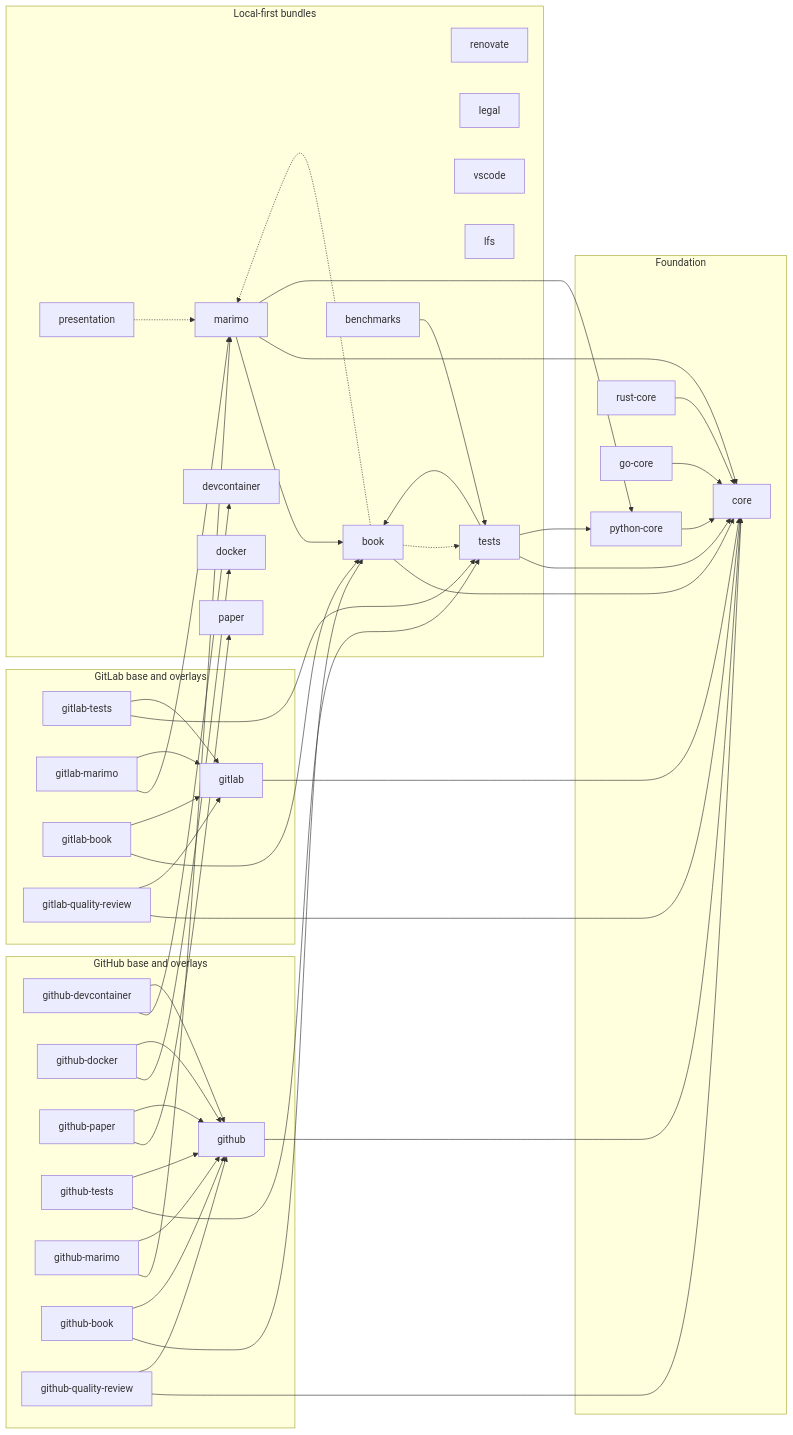
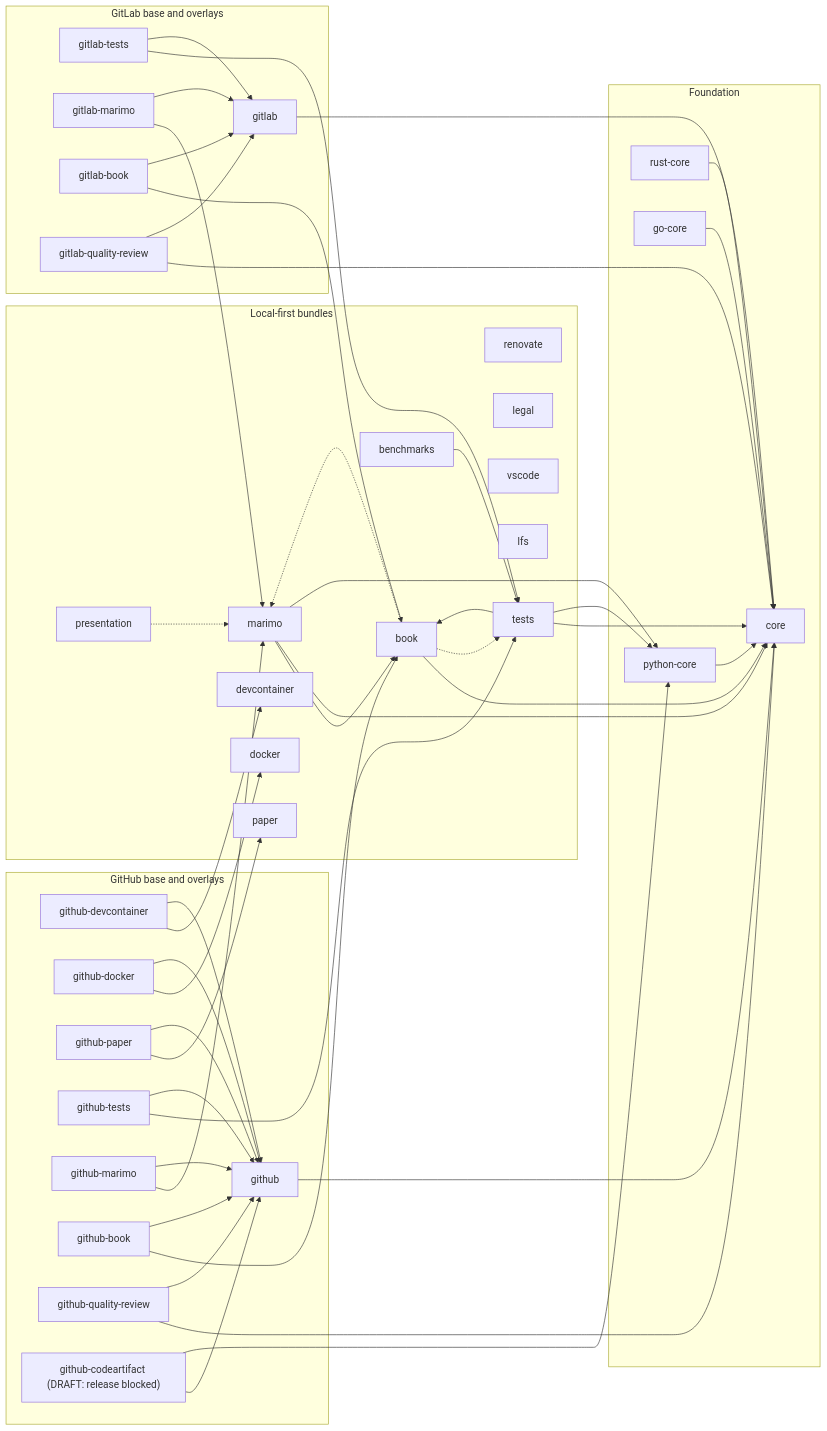
The diagram in docs/reference/GLOSSARY.md (Jebel-Quant/rhiza), drawn with Mermaid before and after one commit. The commit also changed other lines of this file and 7 other files, not shown here.

```diff
--- a/docs/reference/GLOSSARY.md
+++ b/docs/reference/GLOSSARY.md
@@ -75,6 +79,7 @@
         github_marimo["github-marimo"]
         github_book["github-book"]
         github_quality_review["github-quality-review"]
+        github_codeartifact["github-codeartifact (DRAFT: release blocked)"]
     end
 
     subgraph GitLab["GitLab base and overlays"]
@@ -112,6 +117,8 @@
     github_book --> github
     github_quality_review --> core
     github_quality_review --> github
+    github_codeartifact --> github
+    github_codeartifact --> python_core
     gitlab_tests --> tests
     gitlab_tests --> gitlab
     gitlab_marimo --> marimo
```
